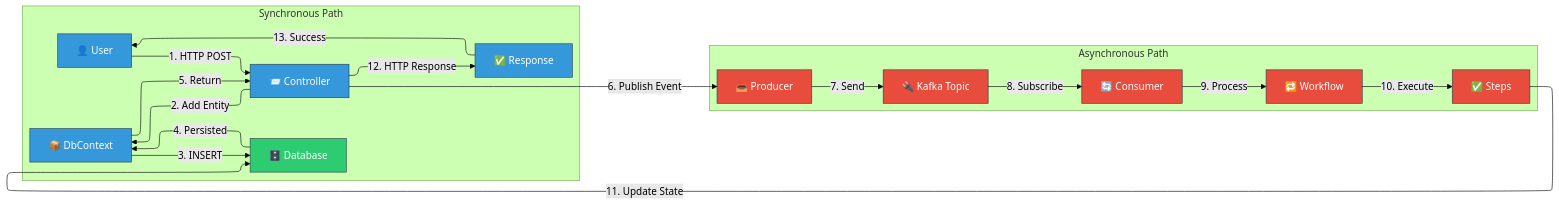
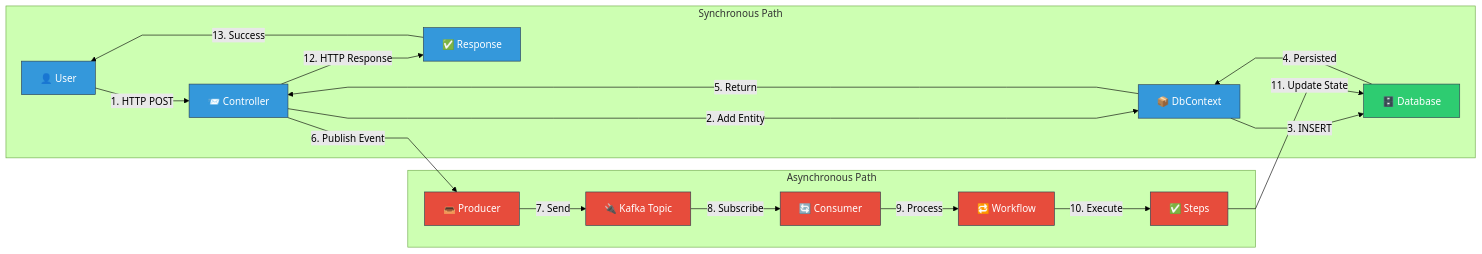
One commit to WholeBit-Solutions/distributed-workflow changed the second of 15 diagrams in ARCHITECTURE_DIAGRAMS.md. Above: the diagram before and after it, drawn with Mermaid (forest theme). The commit also changed other lines of this file, not shown here.

````diff
--- a/ARCHITECTURE_DIAGRAMS.md
+++ b/ARCHITECTURE_DIAGRAMS.md
@@ -118,42 +118,43 @@
 ```mermaid
-flowchart-elk LR
+%%{init: {'flowchart': {'curve': 'linear'}}}%%
+graph LR
     subgraph "Synchronous Path"
         User["👤 User"]
         Controller["📨 Controller"]
         DbCtx["📦 DbContext"]
         Db["🗄️ Database"]
         Response["✅ Response"]
     end
 
     subgraph "Asynchronous Path"
         Producer["📤 Producer"]
         Topic["🔌 Kafka Topic"]
         Consumer["🔄 Consumer"]
         Workflow["🔁 Workflow"]
         Steps["✅ Steps"]
     end
 
     User -->|1. HTTP POST| Controller
     Controller -->|2. Add Entity| DbCtx
     DbCtx -->|3. INSERT| Db
     Db -->|4. Persisted| DbCtx
     DbCtx -->|5. Return| Controller
     
     Controller -->|6. Publish Event| Producer
     Producer -->|7. Send| Topic
     Topic -->|8. Subscribe| Consumer
     Consumer -->|9. Process| Workflow
     Workflow -->|10. Execute| Steps
     Steps -->|11. Update State| Db
     
     Controller -->|12. HTTP Response| Response
     Response -->|13. Success| User
 
     classDef sync fill:#3498db,stroke:#2c3e50,color:#fff
     classDef async fill:#e74c3c,stroke:#2c3e50,color:#fff
     classDef storage fill:#2ecc71,stroke:#2c3e50,color:#fff
     
     class User,Controller,DbCtx,Response sync
     class Producer,Topic,Consumer,Workflow,Steps async
     class Db storage
 ```
````
